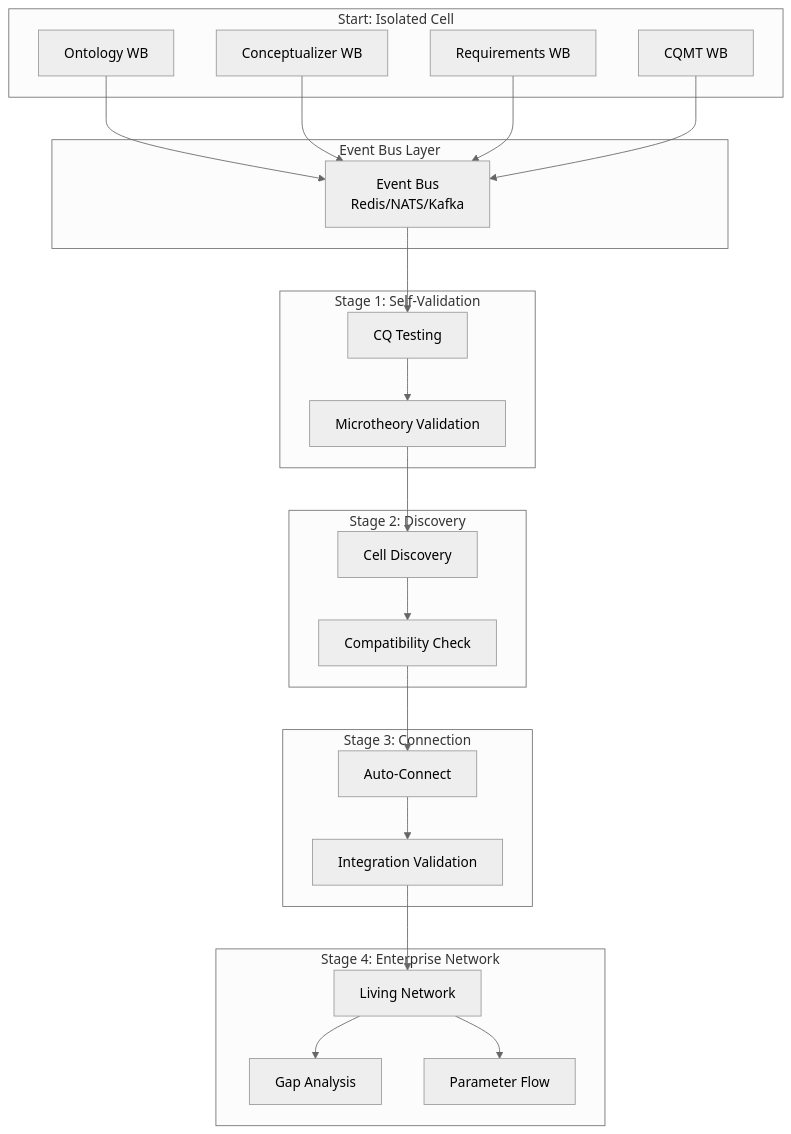
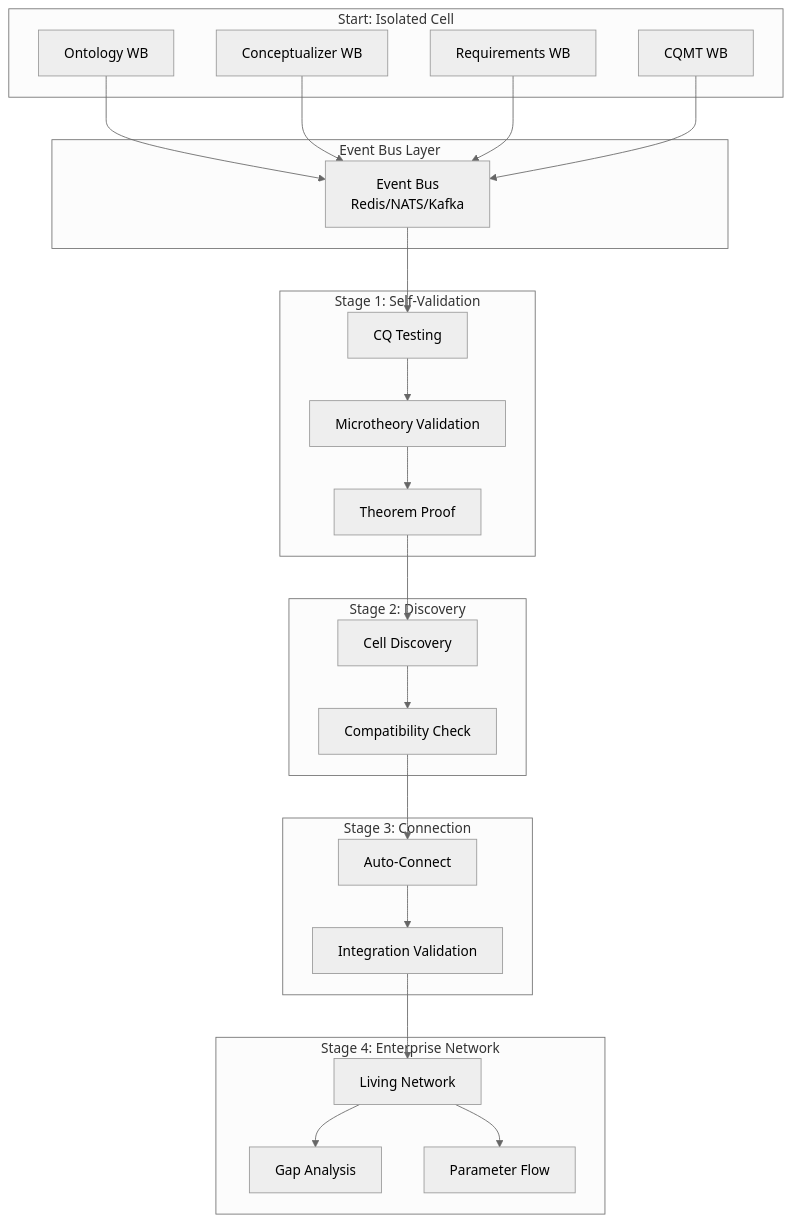
The third of 3 diagrams in docs/architecture/Cellular_to_Enterprise_Evolution.md (laserpointlabs/ODRAS), drawn with Mermaid (neutral theme) before and after one commit. The commit also changed other lines of this file and 2 other files, not shown here.

````diff
--- a/docs/architecture/Cellular_to_Enterprise_Evolution.md
+++ b/docs/architecture/Cellular_to_Enterprise_Evolution.md
@@ -462,52 +501,54 @@
 ```mermaid
 graph TB
     subgraph "Start: Isolated Cell"
         OWB[Ontology WB]
         CWB[Conceptualizer WB]
         RWB[Requirements WB]
         CQMT[CQMT WB]
     end
     
     subgraph "Event Bus Layer"
         EB[Event Bus<br/>Redis/NATS/Kafka]
     end
     
     subgraph "Stage 1: Self-Validation"
         CQ1[CQ Testing]
         MT1[Microtheory Validation]
+        THEOREM[Theorem Proof]
     end
     
     subgraph "Stage 2: Discovery"
         DISCOVER[Cell Discovery]
         COMPAT[Compatibility Check]
     end
     
     subgraph "Stage 3: Connection"
         CONNECT[Auto-Connect]
         VALIDATE[Integration Validation]
     end
     
     subgraph "Stage 4: Enterprise Network"
         NETWORK[Living Network]
         GAP[Gap Analysis]
         FLOW[Parameter Flow]
     end
     
     OWB --> EB
     CWB --> EB
     RWB --> EB
     CQMT --> EB
     
     EB --> CQ1
     CQ1 --> MT1
+    MT1 --> THEOREM
     
-    MT1 --> DISCOVER
+    THEOREM --> DISCOVER
     DISCOVER --> COMPAT
     
     COMPAT --> CONNECT
     CONNECT --> VALIDATE
     
     VALIDATE --> NETWORK
     NETWORK --> GAP
     NETWORK --> FLOW
 ```
````
